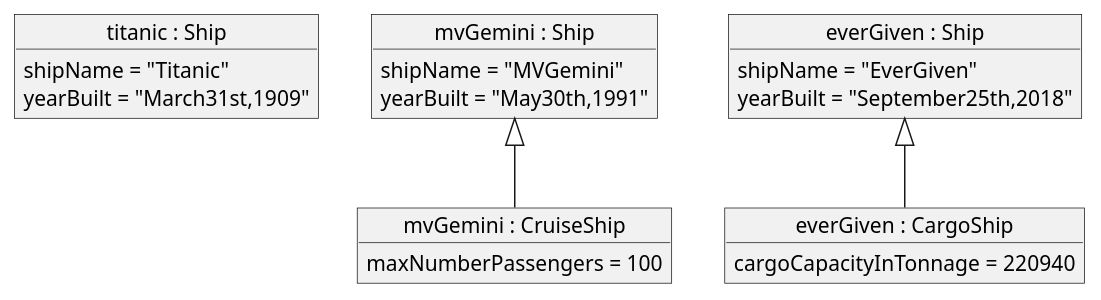
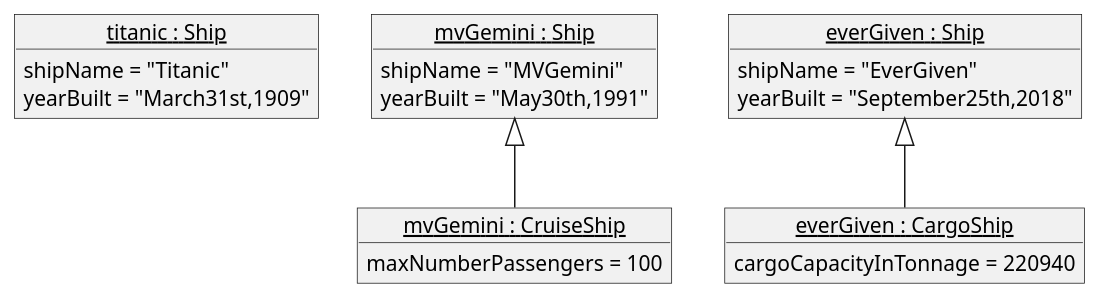
The diagram in part2-object-diagram.puml (Justin-J-K/CS4800-Homework-3), drawn with PlantUML before and after one commit. The commit also changed 2 other files, not shown here.

```diff
--- a/part2-object-diagram.puml
+++ b/part2-object-diagram.puml
@@ -1,23 +1,23 @@
 @startuml
-object "titanic : Ship" as titanic {
+object "<u>titanic : Ship</u>" as titanic {
     shipName = "Titanic"
     yearBuilt = "March31st,1909"
 }
-object "mvGemini : CruiseShip" as mvGemini {
+object "<u>mvGemini : CruiseShip</u>" as mvGemini {
     maxNumberPassengers = 100
 }
-object "mvGemini : Ship" as mvGeminiParent {
+object "<u>mvGemini : Ship</u>" as mvGeminiParent {
     shipName = "MVGemini"
     yearBuilt = "May30th,1991"
 }
-object "everGiven : CargoShip" as everGiven {
+object "<u>everGiven : CargoShip</u>" as everGiven {
     cargoCapacityInTonnage = 220940
 }
-object "everGiven : Ship" as everGivenParent {
+object "<u>everGiven : Ship</u>" as everGivenParent {
     shipName = "EverGiven"
     yearBuilt = "September25th,2018"
 }
 
 mvGeminiParent <|-- mvGemini
 everGivenParent <|-- everGiven
 @enduml
```
